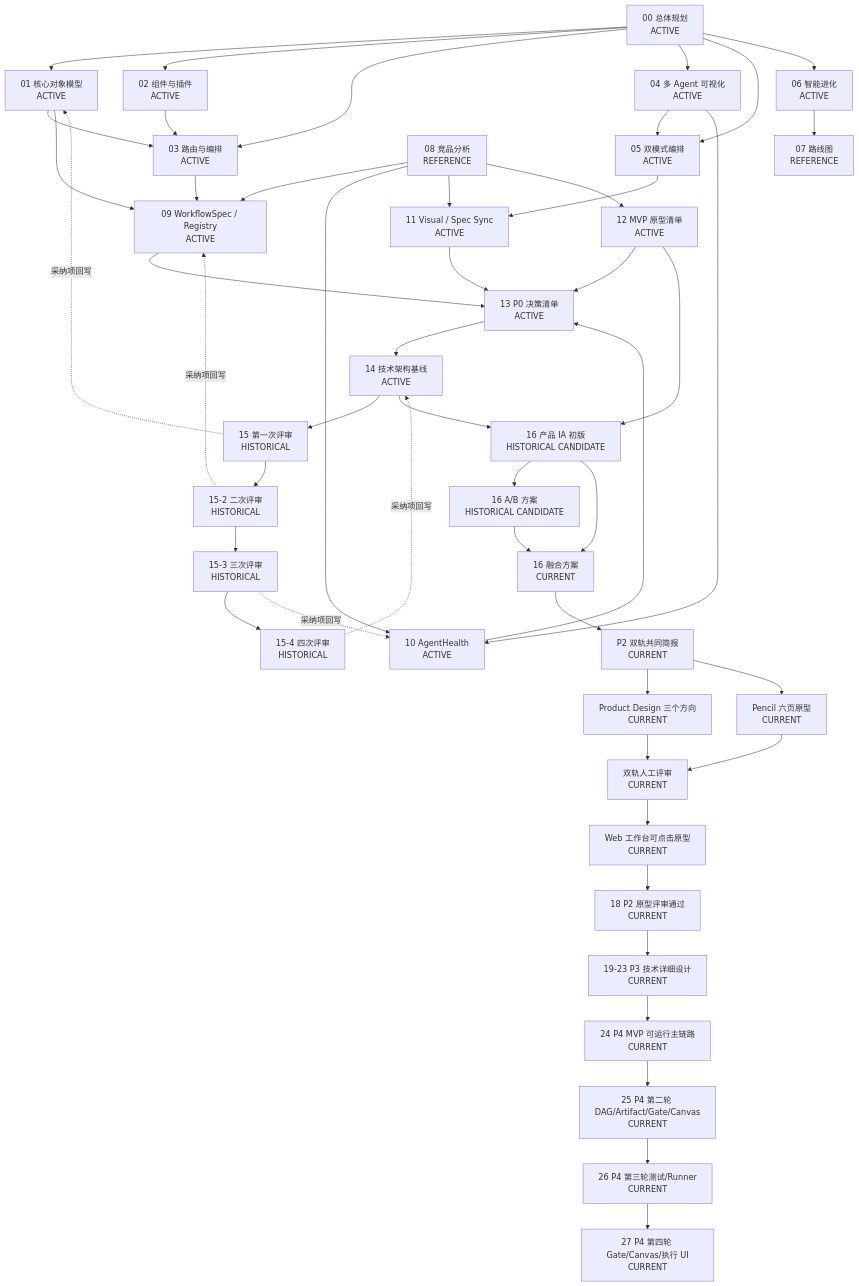
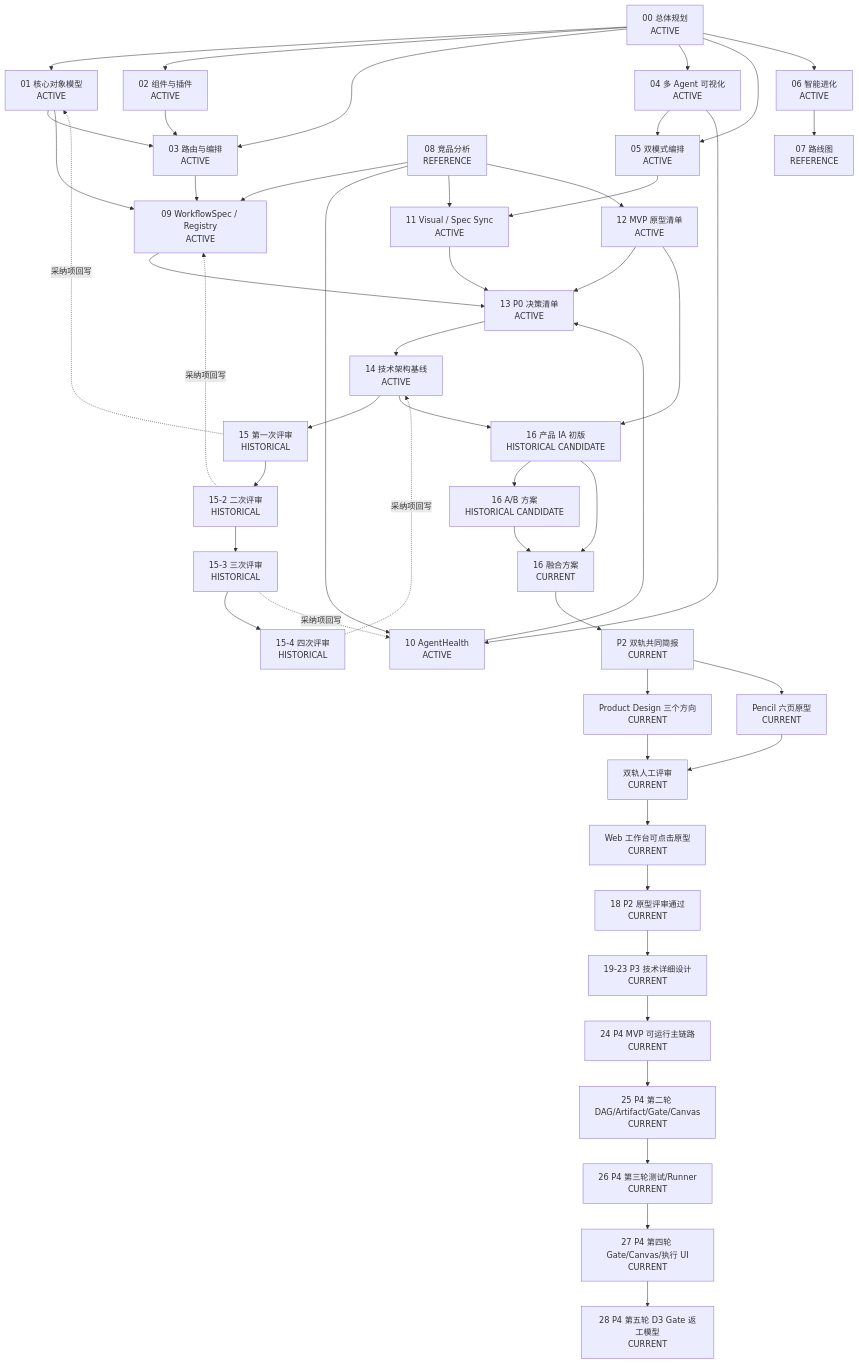
The diagram in 17_文档资产关联与AI阅读导航.md (haozhangyue/miracle-agent), drawn with Mermaid before and after one commit. The commit also changed other lines of this file and 10 other files, not shown here.

````diff
--- a/17_文档资产关联与AI阅读导航.md
+++ b/17_文档资产关联与AI阅读导航.md
@@ -78,69 +78,70 @@
 ```mermaid
 flowchart TD
   P00["00 总体规划<br/>ACTIVE"]
   P01["01 核心对象模型<br/>ACTIVE"]
   P02["02 组件与插件<br/>ACTIVE"]
   P03["03 路由与编排<br/>ACTIVE"]
   P04["04 多 Agent 可视化<br/>ACTIVE"]
   P05["05 双模式编排<br/>ACTIVE"]
   P06["06 智能进化<br/>ACTIVE"]
   P07["07 路线图<br/>REFERENCE"]
 
   P00 --> P01
   P00 --> P02
   P00 --> P03
   P00 --> P04
   P00 --> P05
   P00 --> P06
   P01 --> P03
   P02 --> P03
   P04 --> P05
   P06 --> P07
 
   P08["08 竞品分析<br/>REFERENCE"]
   P08 --> P09["09 WorkflowSpec / Registry<br/>ACTIVE"]
   P08 --> P10["10 AgentHealth<br/>ACTIVE"]
   P08 --> P11["11 Visual / Spec Sync<br/>ACTIVE"]
   P08 --> P12["12 MVP 原型清单<br/>ACTIVE"]
 
   P01 --> P09
   P03 --> P09
   P04 --> P10
   P05 --> P11
 
   P09 --> P13["13 P0 决策清单<br/>ACTIVE"]
   P10 --> P13
   P11 --> P13
   P12 --> P13
 
   P13 --> P14["14 技术架构基线<br/>ACTIVE"]
 
   P14 --> R1["15 第一次评审<br/>HISTORICAL"]
   R1 --> R2["15-2 二次评审<br/>HISTORICAL"]
   R2 --> R3["15-3 三次评审<br/>HISTORICAL"]
   R3 --> R4["15-4 四次评审<br/>HISTORICAL"]
 
   R1 -.采纳项回写.-> P01
   R2 -.采纳项回写.-> P09
   R3 -.采纳项回写.-> P10
   R4 -.采纳项回写.-> P14
 
   P14 --> IA1["16 产品 IA 初版<br/>HISTORICAL CANDIDATE"]
   P12 --> IA1
   IA1 --> IAB["16 A/B 方案<br/>HISTORICAL CANDIDATE"]
   IA1 --> IAF["16 融合方案<br/>CURRENT"]
   IAB --> IAF
 
   IAF --> Brief["P2 双轨共同简报<br/>CURRENT"]
   Brief --> PD["Product Design 三个方向<br/>CURRENT"]
   Brief --> Pencil["Pencil 六页原型<br/>CURRENT"]
   PD --> Review["双轨人工评审<br/>CURRENT"]
   Pencil --> Review
   Review --> Fusion["Web 工作台可点击原型<br/>CURRENT"]
   Fusion --> P18["18 P2 原型评审通过<br/>CURRENT"]
   P18 --> P3["19-23 P3 技术详细设计<br/>CURRENT"]
   P3 --> P4["24 P4 MVP 可运行主链路<br/>CURRENT"]
   P4 --> P4B["25 P4 第二轮 DAG/Artifact/Gate/Canvas<br/>CURRENT"]
   P4B --> P4C["26 P4 第三轮测试/Runner<br/>CURRENT"]
   P4C --> P4D["27 P4 第四轮 Gate/Canvas/执行 UI<br/>CURRENT"]
+  P4D --> P4E["28 P4 第五轮 D3 Gate 返工模型<br/>CURRENT"]
 ```
````
